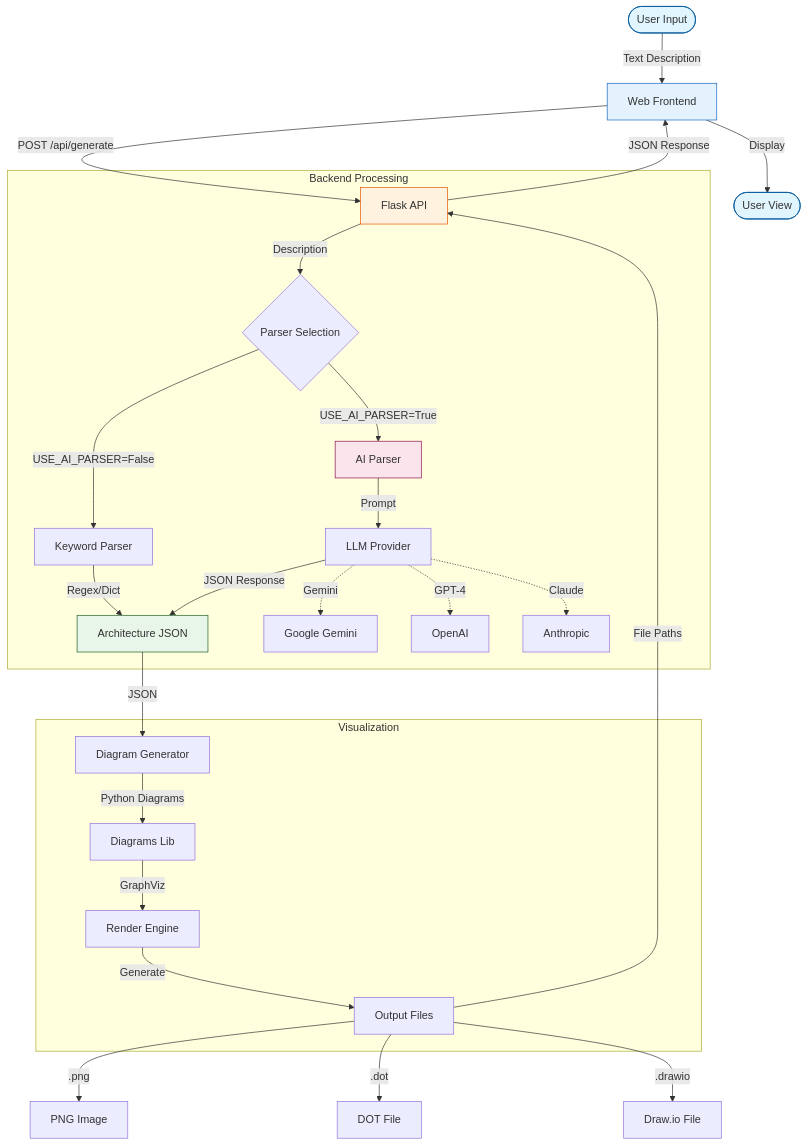
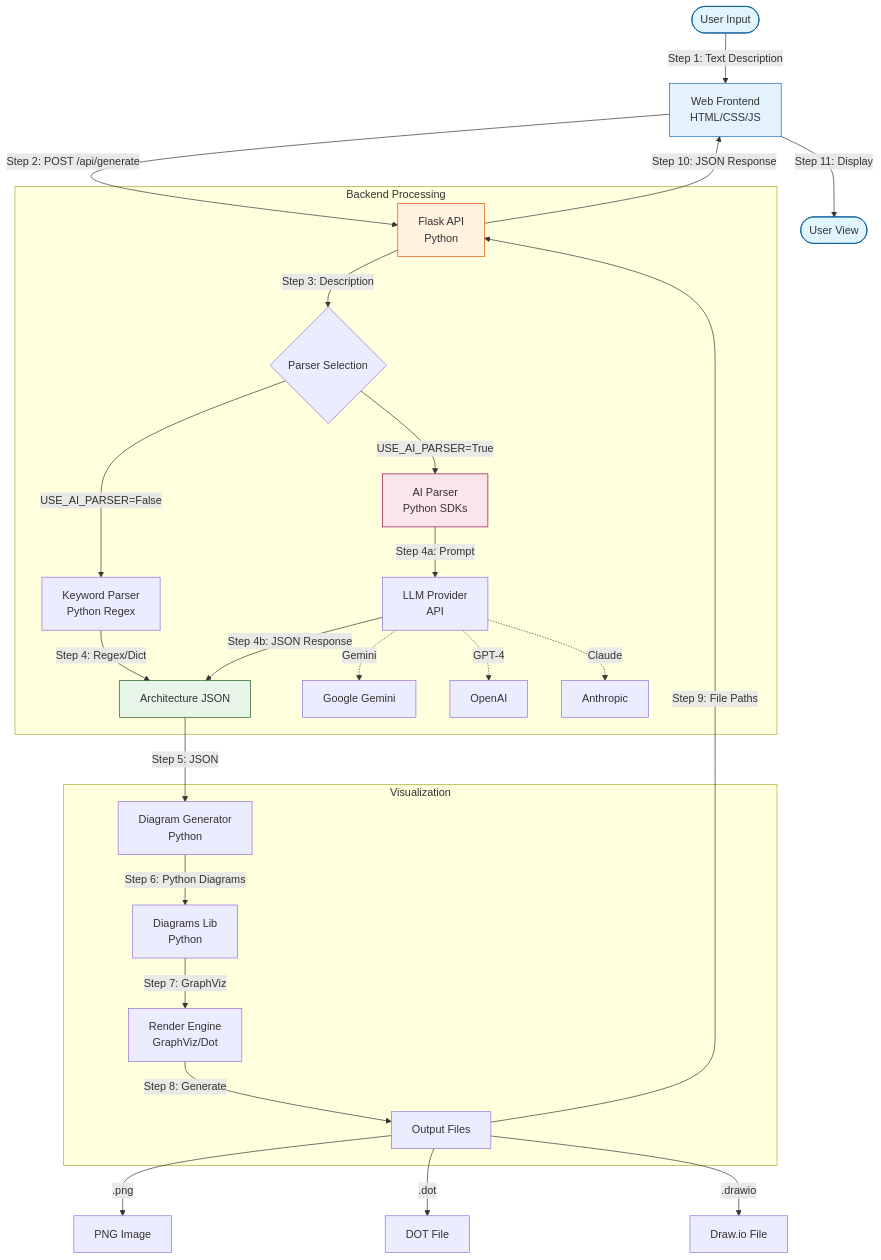
The diagram in howto/WORKFLOW_SIMPLIFICATION_AND_ICONS_UPDATE.md (kumammanish/AaaS), drawn with Mermaid before and after one commit. The commit also changed other lines of this file, not shown here.

Commit message:
Updated process workflow

````diff
--- a/howto/WORKFLOW_SIMPLIFICATION_AND_ICONS_UPDATE.md
+++ b/howto/WORKFLOW_SIMPLIFICATION_AND_ICONS_UPDATE.md
@@ -7,43 +5,43 @@
 ```mermaid
 graph TD
-    User([User Input]) -->|Text Description| Frontend[Web Frontend]
-    Frontend -->|POST /api/generate| API[Flask API]
+    User([User Input]) -->|Step 1: Text Description| Frontend[Web Frontend<br/>HTML/CSS/JS]
+    Frontend -->|Step 2: POST /api/generate| API[Flask API<br/>Python]
     
     subgraph "Backend Processing"
-        API -->|Description| Parser{Parser Selection}
-        Parser -->|USE_AI_PARSER=False| KW[Keyword Parser]
-        Parser -->|USE_AI_PARSER=True| AI[AI Parser]
+        API -->|Step 3: Description| Parser{Parser Selection}
+        Parser -->|USE_AI_PARSER=False| KW[Keyword Parser<br/>Python Regex]
+        Parser -->|USE_AI_PARSER=True| AI[AI Parser<br/>Python SDKs]
         
-        KW -->|Regex/Dict| Arch[Architecture JSON]
+        KW -->|Step 4: Regex/Dict| Arch[Architecture JSON]
         
-        AI -->|Prompt| LLM[LLM Provider]
-        LLM -->|JSON Response| Arch
+        AI -->|Step 4a: Prompt| LLM[LLM Provider<br/>API]
+        LLM -->|Step 4b: JSON Response| Arch
         
         LLM -.->|Gemini| G[Google Gemini]
         LLM -.->|GPT-4| O[OpenAI]
         LLM -.->|Claude| C[Anthropic]
     end
     
-    Arch -->|JSON| Gen[Diagram Generator]
+    Arch -->|Step 5: JSON| Gen[Diagram Generator<br/>Python]
     
     subgraph "Visualization"
-        Gen -->|Python Diagrams| D[Diagrams Lib]
-        D -->|GraphViz| Render[Render Engine]
-        Render -->|Generate| Files[Output Files]
+        Gen -->|Step 6: Python Diagrams| D[Diagrams Lib<br/>Python]
+        D -->|Step 7: GraphViz| Render[Render Engine<br/>GraphViz/Dot]
+        Render -->|Step 8: Generate| Files[Output Files]
     end
     
     Files -->|.png| PNG[PNG Image]
     Files -->|.dot| DOT[DOT File]
     Files -->|.drawio| DRAW[Draw.io File]
     
-    Files -->|File Paths| API
-    API -->|JSON Response| Frontend
-    Frontend -->|Display| UserView([User View])
+    Files -->|Step 9: File Paths| API
+    API -->|Step 10: JSON Response| Frontend
+    Frontend -->|Step 11: Display| UserView([User View])
     
     style User fill:#e1f5fe,stroke:#01579b
     style Frontend fill:#e3f2fd,stroke:#1565c0
     style API fill:#fff3e0,stroke:#e65100
     style AI fill:#fce4ec,stroke:#880e4f
     style Arch fill:#e8f5e9,stroke:#1b5e20
     style UserView fill:#e1f5fe,stroke:#01579b
 ```
````
